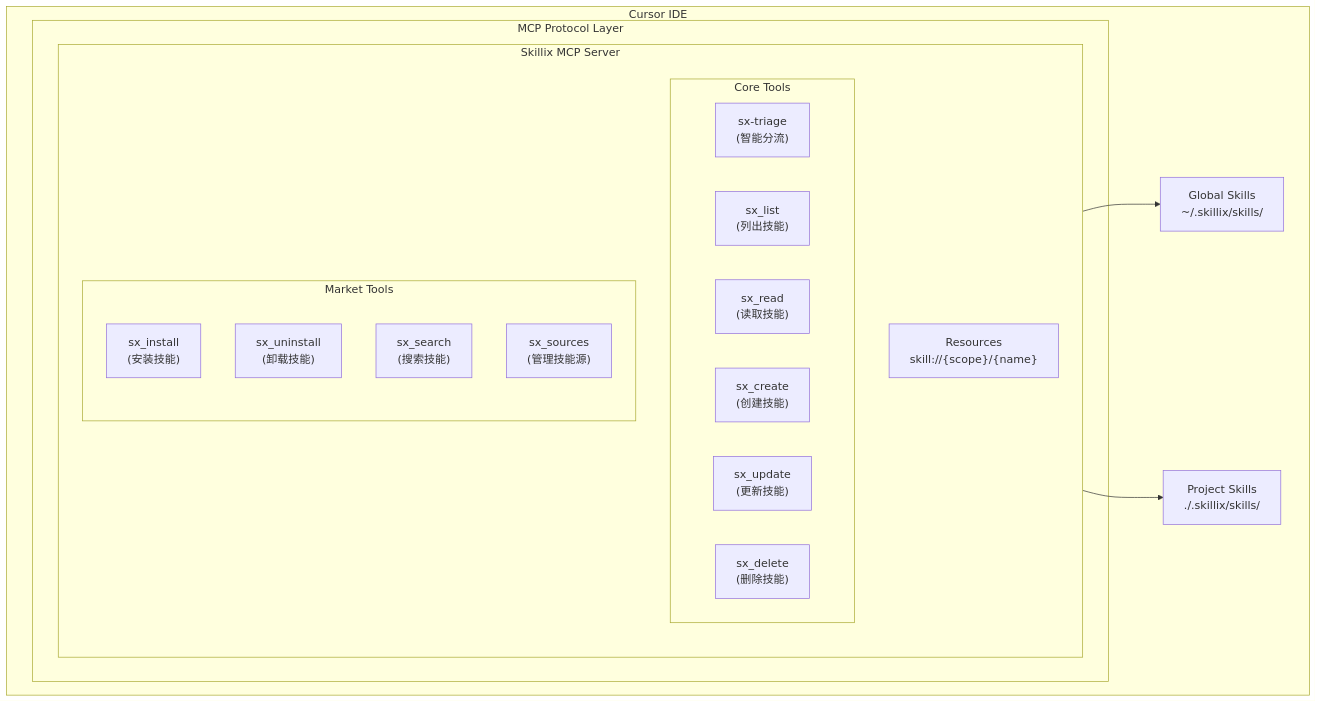
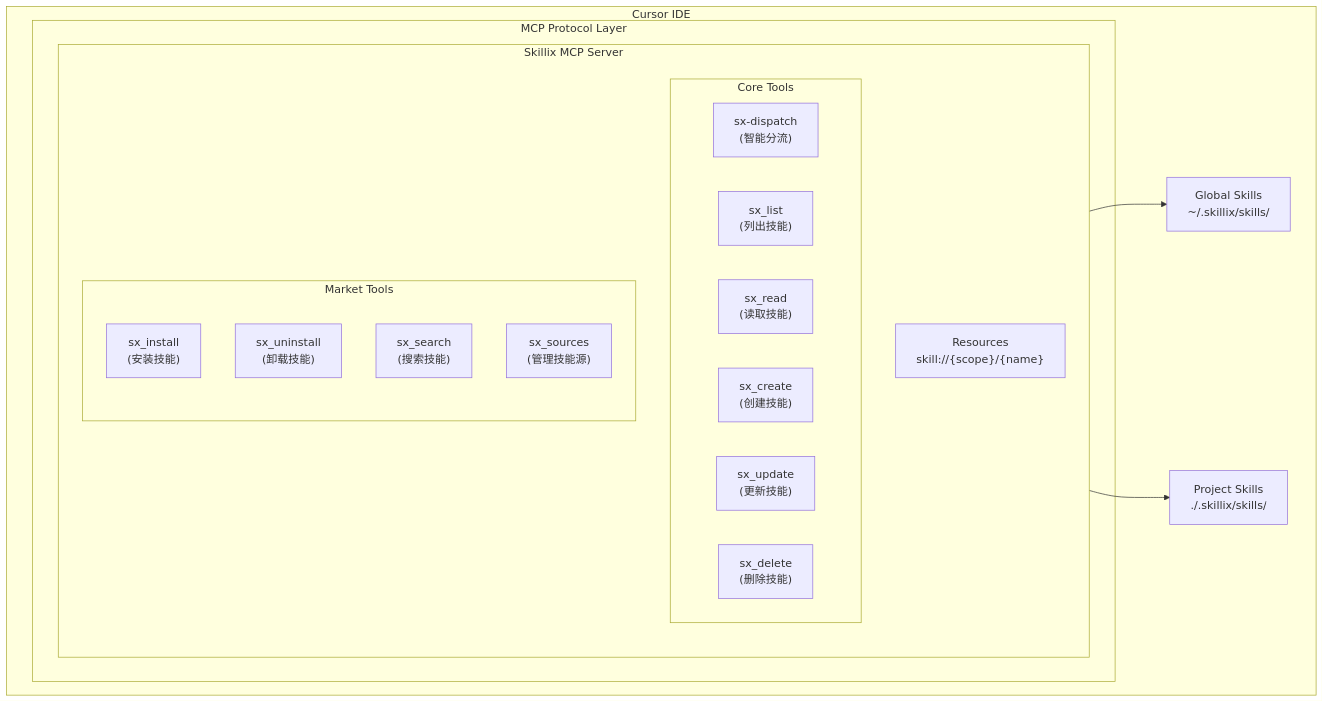
One commit to shetengteng/skillix-mcp changed the fourth of 12 diagrams in design/02-设计/20260111-01-项目设计.md. Above: the diagram before and after it, drawn with Mermaid. The commit also changed other lines of this file and 32 other files, not shown here.

````diff
--- a/design/02-设计/20260111-01-项目设计.md
+++ b/design/02-设计/20260111-01-项目设计.md
@@ -223,32 +223,32 @@
 ```mermaid
 graph TB
     subgraph IDE["Cursor IDE"]
         subgraph MCP["MCP Protocol Layer"]
             subgraph Server["Skillix MCP Server"]
                 subgraph Core["Core Tools"]
-                    T1["sx-triage<br/>(智能分流)"]
+                    T1["sx-dispatch<br/>(智能分流)"]
                     T2["sx_list<br/>(列出技能)"]
                     T3["sx_read<br/>(读取技能)"]
                     T4["sx_create<br/>(创建技能)"]
                     T5["sx_update<br/>(更新技能)"]
                     T6["sx_delete<br/>(删除技能)"]
                 end
                 
                 subgraph Market["Market Tools"]
                     M1["sx_install<br/>(安装技能)"]
                     M2["sx_uninstall<br/>(卸载技能)"]
                     M3["sx_search<br/>(搜索技能)"]
                     M4["sx_sources<br/>(管理技能源)"]
                 end
                 
                 R["Resources<br/>skill://{scope}/{name}"]
             end
         end
         
         GS["Global Skills<br/>~/.skillix/skills/"]
         PS["Project Skills<br/>./.skillix/skills/"]
     end
     
     Server --> GS
     Server --> PS
 ```
````
